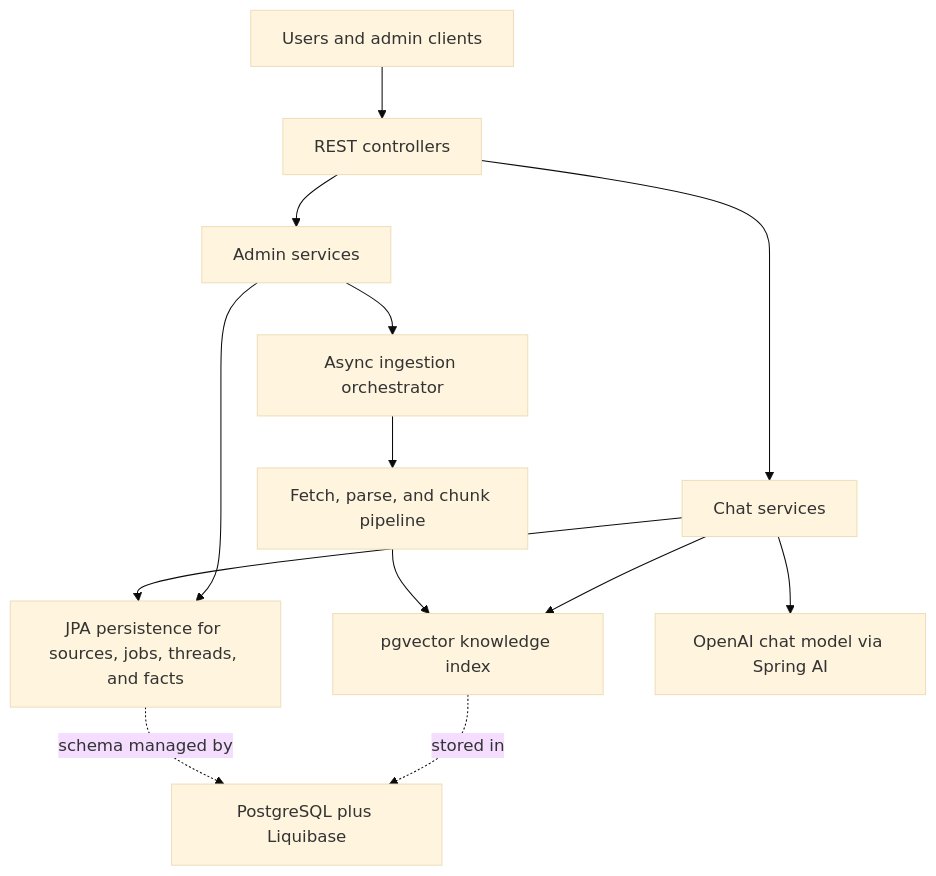
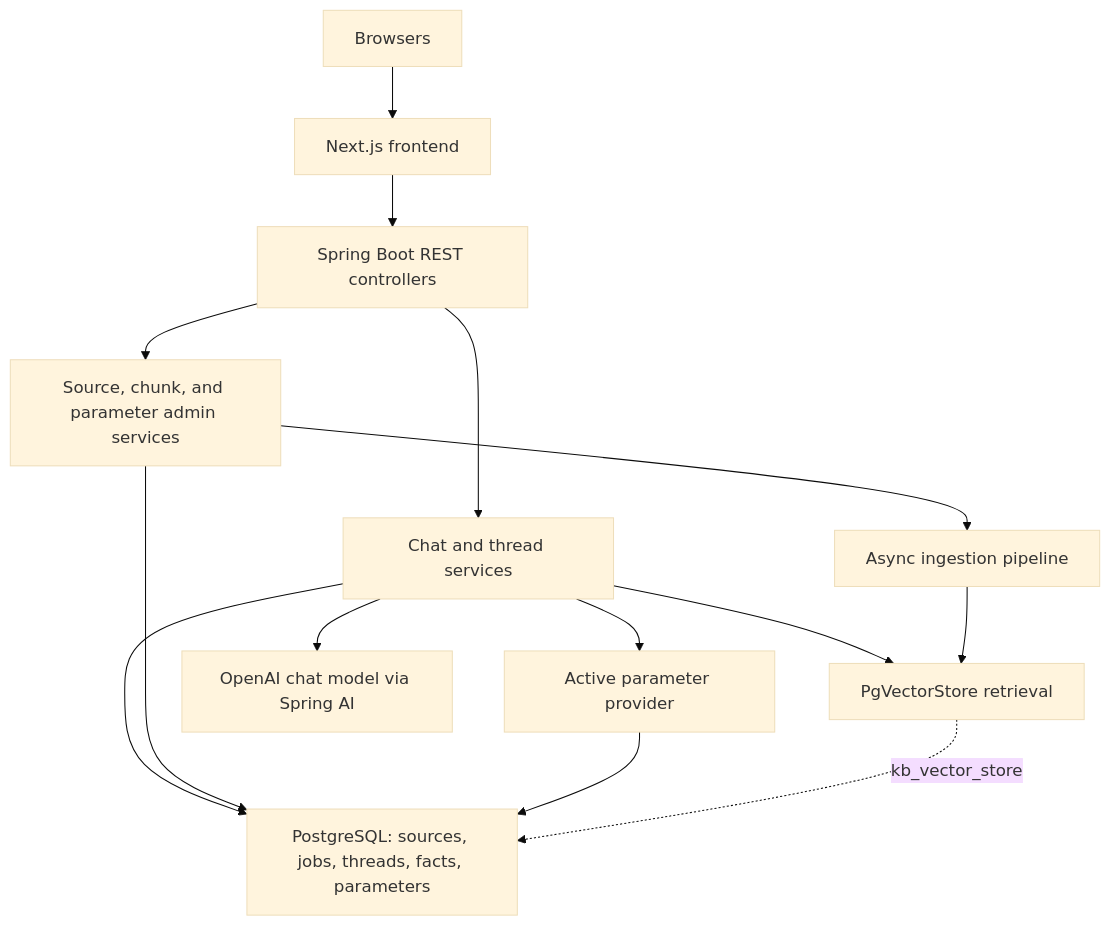
The diagram in docs/ARCHITECTURE.md (kl3inIT/traffic-law-chatbot), drawn with Mermaid (base theme) before and after one commit. The commit also changed other lines of this file and 5 other files, not shown here.

````diff
--- a/docs/ARCHITECTURE.md
+++ b/docs/ARCHITECTURE.md
@@ -10,15 +10,16 @@
 ```mermaid
 graph TD
-    Clients[Users and admin clients] --> Controllers[REST controllers]
-    Controllers --> Chat[Chat services]
-    Controllers --> Admin[Admin services]
-    Chat --> Persistence[JPA persistence for sources, jobs, threads, and facts]
-    Admin --> Persistence
-    Admin --> Orchestrator[Async ingestion orchestrator]
-    Orchestrator --> Pipeline[Fetch, parse, and chunk pipeline]
-    Pipeline --> Vector[pgvector knowledge index]
-    Chat --> Vector
+    Browsers[Browsers] --> Frontend[Next.js frontend]
+    Frontend --> Api[Spring Boot REST controllers]
+    Api --> Chat[Chat and thread services]
+    Api --> Admin[Source, chunk, and parameter admin services]
+    Chat --> Params[Active parameter provider]
+    Chat --> Vector[PgVectorStore retrieval]
     Chat --> LLM[OpenAI chat model via Spring AI]
-    Persistence -. schema managed by .-> Postgres[PostgreSQL plus Liquibase]
-    Vector -. stored in .-> Postgres
+    Chat --> Postgres[PostgreSQL: sources, jobs, threads, facts, parameters]
+    Admin --> Pipeline[Async ingestion pipeline]
+    Admin --> Postgres
+    Pipeline --> Vector
+    Params --> Postgres
+    Vector -. kb_vector_store .-> Postgres
 ```
````
